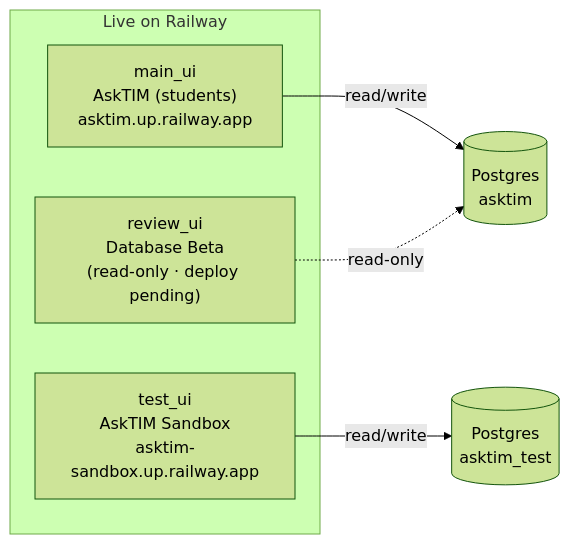
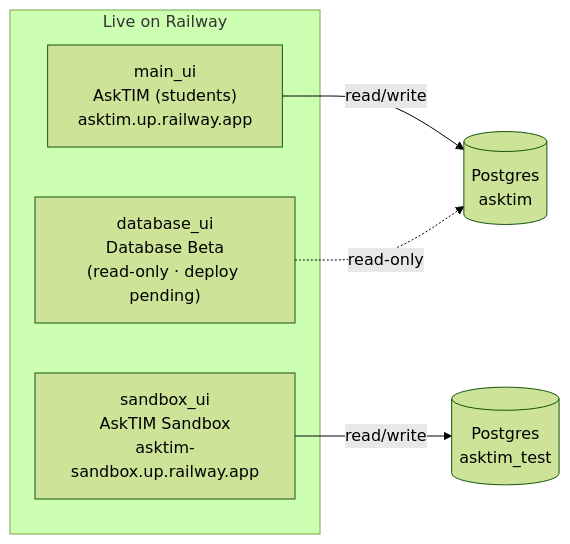
One commit to bonbon-on-fire/asktim_llm_tutor_project_2026 changed the first of 2 diagrams in README.md. Above: the diagram before and after it, drawn with Mermaid (forest theme). The commit also changed other lines of this file and 111 other files, not shown here.

Commit message:
chore: renamed test_ui to sandbox_ui and review_ui to database_ui everywhere

````diff
--- a/README.md
+++ b/README.md
@@ -37,18 +37,18 @@
 ```mermaid
 flowchart LR
     subgraph live["Live on Railway"]
         MAIN["main_ui\nAskTIM (students)\nasktim.up.railway.app"]
-        SAND["test_ui\nAskTIM Sandbox\nasktim-sandbox.up.railway.app"]
-        REV["review_ui\nDatabase Beta\n(read-only · deploy pending)"]
+        SAND["sandbox_ui\nAskTIM Sandbox\nasktim-sandbox.up.railway.app"]
+        REV["database_ui\nDatabase Beta\n(read-only · deploy pending)"]
     end
 
     PGMAIN[("Postgres\nasktim")]
     PGTEST[("Postgres\nasktim_test")]
 
     MAIN -->|read/write| PGMAIN
     SAND -->|read/write| PGTEST
     REV -. read-only .-> PGMAIN
 
     click MAIN "https://asktim.up.railway.app/" "Open AskTIM"
     click SAND "https://asktim-sandbox.up.railway.app/" "Open AskTIM Sandbox"
 ```
````
